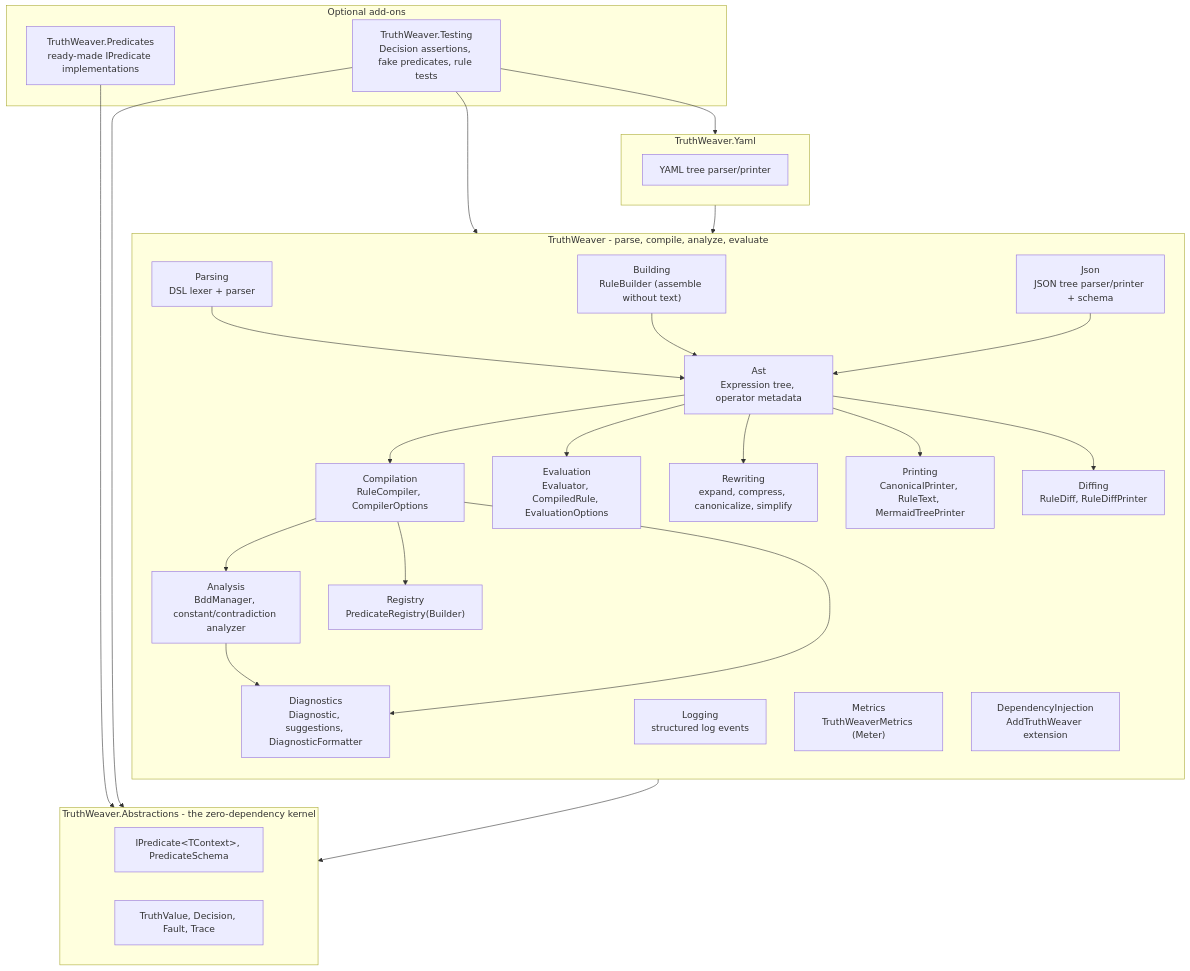
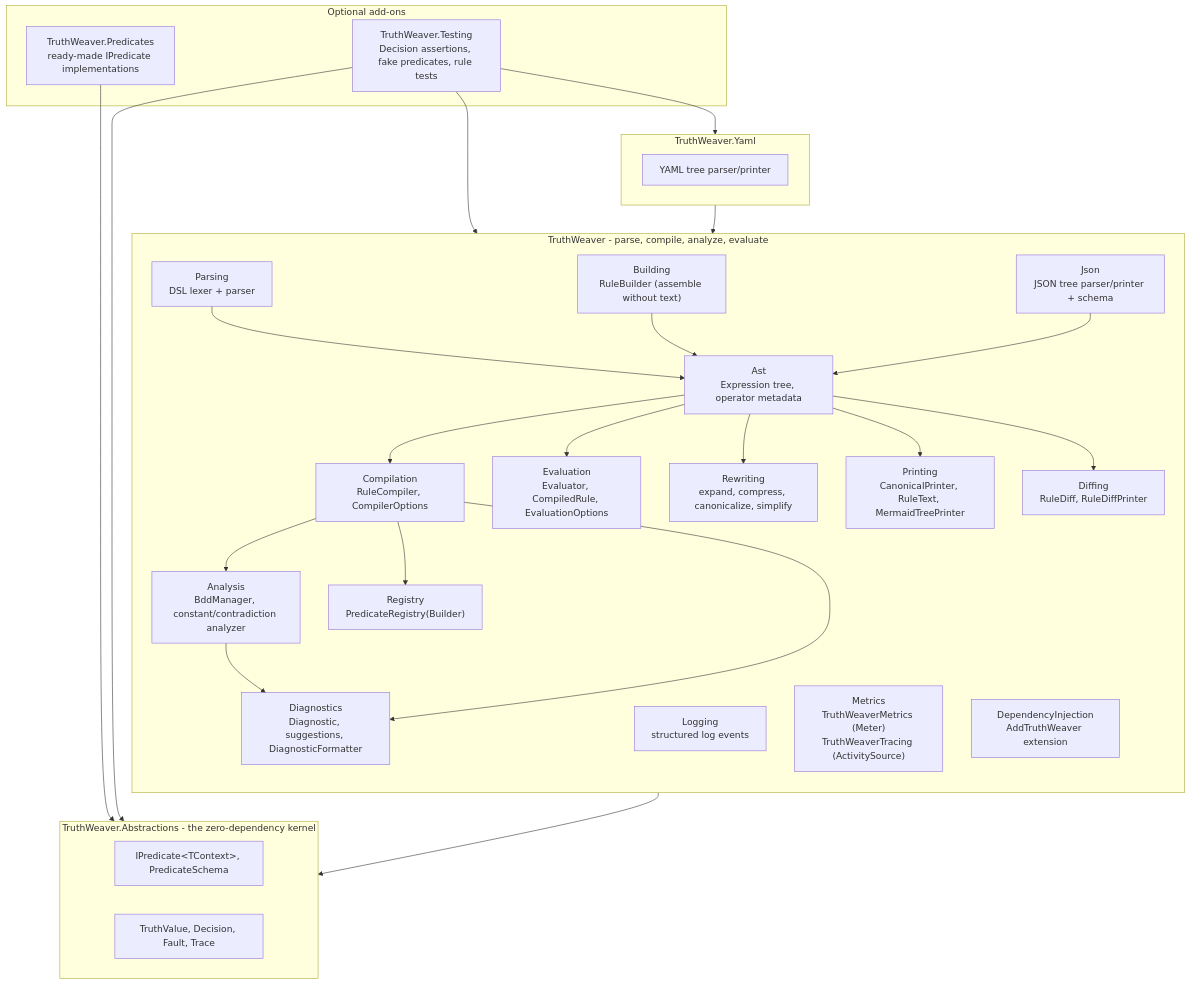
The first of 3 diagrams in docs/architecture.md (rheone/TruthWeaver), drawn with Mermaid before and after one commit. The commit also changed other lines of this file and 66 other files, not shown here.

First line of the commit message:
Share term results across a policy set and add ActivitySource tracing

````diff
--- a/docs/architecture.md
+++ b/docs/architecture.md
@@ -10,55 +10,55 @@
 ```mermaid
 flowchart TD
     subgraph Kernel["TruthWeaver.Abstractions - the zero-dependency kernel"]
         IPredicate["IPredicate&lt;TContext&gt;, PredicateSchema"]
         Types["TruthValue, Decision, Fault, Trace"]
     end
 
     subgraph Core["TruthWeaver - parse, compile, analyze, evaluate"]
         direction TB
         Parsing["Parsing<br/>DSL lexer + parser"]
         Ast["Ast<br/>Expression tree, operator metadata"]
         Rewriting["Rewriting<br/>expand, compress, canonicalize, simplify"]
         Compilation["Compilation<br/>RuleCompiler, CompilerOptions"]
         Analysis["Analysis<br/>BddManager, constant/contradiction analyzer"]
         Building["Building<br/>RuleBuilder (assemble without text)"]
         Registry["Registry<br/>PredicateRegistry(Builder)"]
         Evaluation["Evaluation<br/>Evaluator, CompiledRule, EvaluationOptions"]
         Diagnostics["Diagnostics<br/>Diagnostic, suggestions, DiagnosticFormatter"]
         Json["Json<br/>JSON tree parser/printer + schema"]
         Printing["Printing<br/>CanonicalPrinter, RuleText, MermaidTreePrinter"]
         Diffing["Diffing<br/>RuleDiff, RuleDiffPrinter"]
         Logging["Logging<br/>structured log events"]
-        Metrics["Metrics<br/>TruthWeaverMetrics (Meter)"]
+        Metrics["Metrics<br/>TruthWeaverMetrics (Meter)<br/>TruthWeaverTracing (ActivitySource)"]
         DI["DependencyInjection<br/>AddTruthWeaver extension"]
 
         Parsing --> Ast
         Building --> Ast
         Json --> Ast
         Ast --> Compilation
         Compilation --> Analysis
         Compilation --> Registry
         Analysis --> Diagnostics
         Compilation --> Diagnostics
         Ast --> Evaluation
         Ast --> Rewriting
         Ast --> Printing
         Ast --> Diffing
     end
 
     subgraph YamlPkg["TruthWeaver.Yaml"]
         Yaml["YAML tree parser/printer"]
     end
 
     subgraph Extras["Optional add-ons"]
         Predicates["TruthWeaver.Predicates<br/>ready-made IPredicate implementations"]
         Testing["TruthWeaver.Testing<br/>Decision assertions, fake predicates, rule tests"]
     end
 
     Core --> Kernel
     YamlPkg --> Core
     Predicates --> Kernel
     Testing --> Kernel
     Testing --> Core
     Testing --> YamlPkg
 ```
````
